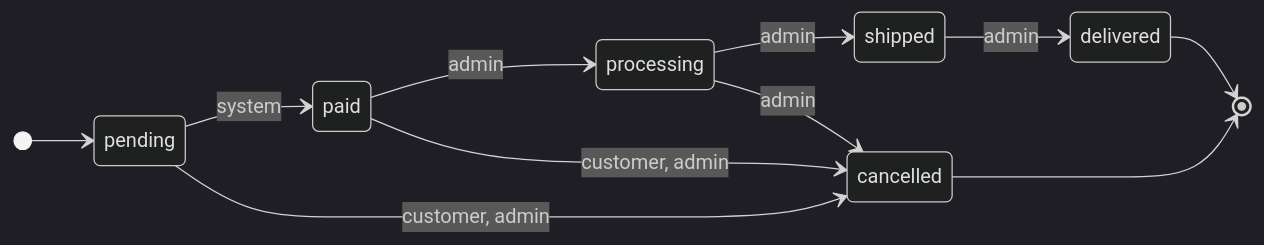
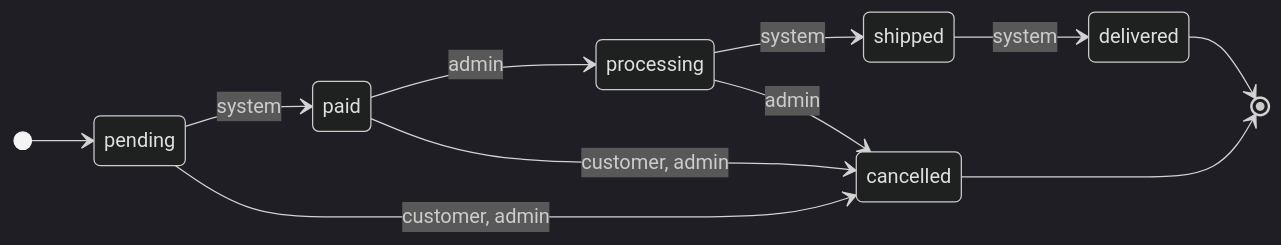
The second of 10 diagrams in docs/theory/tactical-ddd.md (Guebbit/boilerplate-node-backend), drawn with Mermaid (dark theme) before and after one commit. The commit also changed other lines of this file and 1 other file, not shown here.

````diff
--- a/docs/theory/tactical-ddd.md
+++ b/docs/theory/tactical-ddd.md
@@ -51,15 +51,15 @@
 ```mermaid
 %%{init: {'stateDiagram': {'nodeSpacing': 40}}}%%
 stateDiagram-v2
     direction LR
     [*] --> pending
     pending --> paid: system
     pending --> cancelled: customer, admin
     paid --> processing: admin
     paid --> cancelled: customer, admin
-    processing --> shipped: admin
+    processing --> shipped: system
     processing --> cancelled: admin
-    shipped --> delivered: admin
+    shipped --> delivered: system
     delivered --> [*]
     cancelled --> [*]
 ```
````
